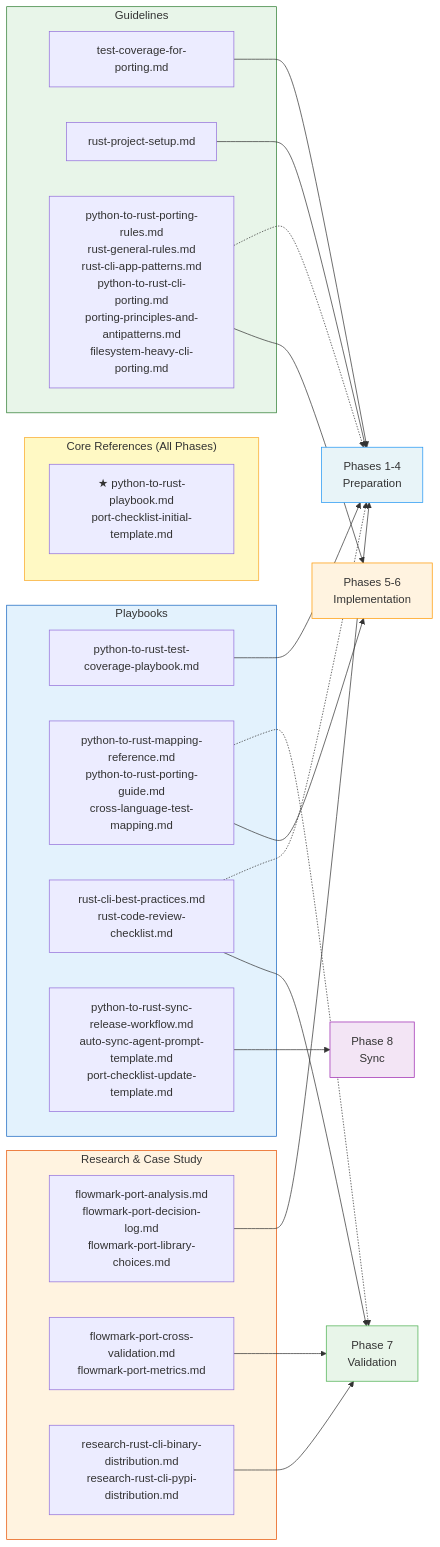
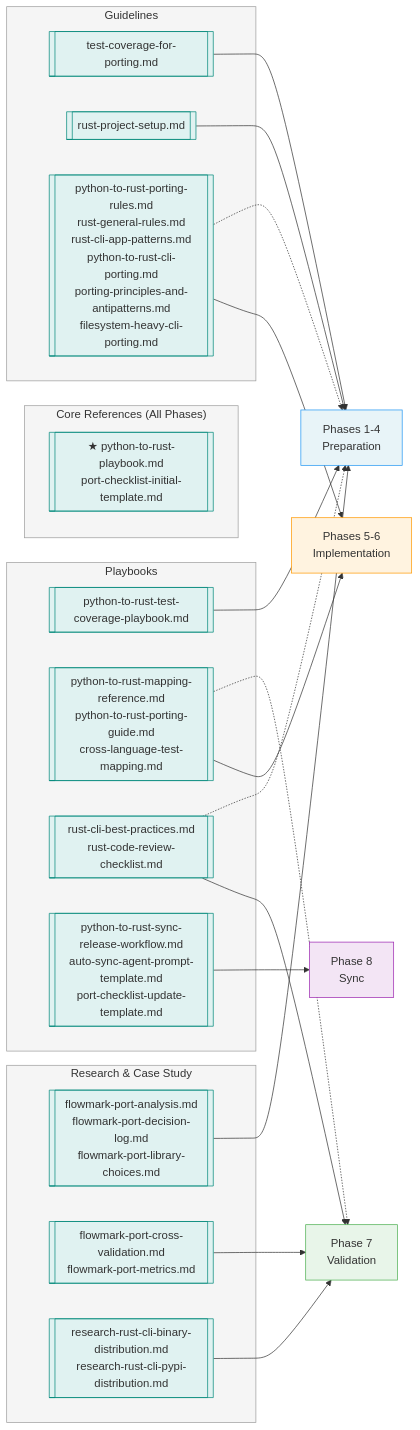
One commit to jlevy/rust-porting-playbook changed the second of 6 diagrams in docs/project/playbook-flow-analysis.md. Above: the diagram before and after it, drawn with Mermaid. The commit also changed other lines of this file, not shown here.

First line of the commit message:
Consistent doc styling: teal [[ ]] shape across all diagrams

````diff
--- a/docs/project/playbook-flow-analysis.md
+++ b/docs/project/playbook-flow-analysis.md
@@ -163,59 +164,70 @@
 ```mermaid
 flowchart LR
     subgraph core["Core References (All Phases)"]
-        PB_CORE["★ python-to-rust-playbook.md<br/>port-checklist-initial-template.md"]
+        PB_CORE[["★ python-to-rust-playbook.md<br/>port-checklist-initial-template.md"]]
     end
 
     subgraph playbooks["Playbooks"]
-        PB_TEST["python-to-rust-test-coverage-playbook.md"]
-        PB_PORT["python-to-rust-mapping-reference.md<br/>python-to-rust-porting-guide.md<br/>cross-language-test-mapping.md"]
-        PB_INFRA["rust-cli-best-practices.md<br/>rust-code-review-checklist.md"]
-        PB_SYNC["python-to-rust-sync-release-workflow.md<br/>auto-sync-agent-prompt-template.md<br/>port-checklist-update-template.md"]
+        PB_TEST[["python-to-rust-test-coverage-playbook.md"]]
+        PB_PORT[["python-to-rust-mapping-reference.md<br/>python-to-rust-porting-guide.md<br/>cross-language-test-mapping.md"]]
+        PB_INFRA[["rust-cli-best-practices.md<br/>rust-code-review-checklist.md"]]
+        PB_SYNC[["python-to-rust-sync-release-workflow.md<br/>auto-sync-agent-prompt-template.md<br/>port-checklist-update-template.md"]]
     end
 
     subgraph guidelines["Guidelines"]
-        G_TEST_DOC["test-coverage-for-porting.md"]
-        G_SETUP_DOC["rust-project-setup.md"]
-        G_IMPL["python-to-rust-porting-rules.md<br/>rust-general-rules.md<br/>rust-cli-app-patterns.md<br/>python-to-rust-cli-porting.md<br/>porting-principles-and-antipatterns.md<br/>filesystem-heavy-cli-porting.md"]
+        G_TEST_DOC[["test-coverage-for-porting.md"]]
+        G_SETUP_DOC[["rust-project-setup.md"]]
+        G_IMPL[["python-to-rust-porting-rules.md<br/>rust-general-rules.md<br/>rust-cli-app-patterns.md<br/>python-to-rust-cli-porting.md<br/>porting-principles-and-antipatterns.md<br/>filesystem-heavy-cli-porting.md"]]
     end
 
     subgraph evidence["Research & Case Study"]
-        CS_PLAN_EV["flowmark-port-analysis.md<br/>flowmark-port-decision-log.md<br/>flowmark-port-library-choices.md"]
-        CS_VAL_EV["flowmark-port-cross-validation.md<br/>flowmark-port-metrics.md"]
-        R_DIST["research-rust-cli-binary-distribution.md<br/>research-rust-cli-pypi-distribution.md"]
+        CS_PLAN_EV[["flowmark-port-analysis.md<br/>flowmark-port-decision-log.md<br/>flowmark-port-library-choices.md"]]
+        CS_VAL_EV[["flowmark-port-cross-validation.md<br/>flowmark-port-metrics.md"]]
+        R_DIST[["research-rust-cli-binary-distribution.md<br/>research-rust-cli-pypi-distribution.md"]]
     end
 
     PREP["Phases 1-4<br/>Preparation"]
     IMPL_PH["Phases 5-6<br/>Implementation"]
     VAL_PH["Phase 7<br/>Validation"]
     SYNC_PH["Phase 8<br/>Sync"]
 
     %% Primary connections (solid)
     PB_TEST --> PREP
     G_TEST_DOC --> PREP
     G_SETUP_DOC --> PREP
     CS_PLAN_EV --> PREP
 
     PB_PORT --> IMPL_PH
     G_IMPL --> IMPL_PH
 
     PB_INFRA --> VAL_PH
     CS_VAL_EV --> VAL_PH
     R_DIST --> VAL_PH
 
     PB_SYNC --> SYNC_PH
 
     %% Secondary connections (dotted)
     PB_INFRA -.-> PREP
     PB_PORT -.-> VAL_PH
     G_IMPL -.-> PREP
 
+    style PB_CORE fill:#e0f2f1,stroke:#00897B
+    style PB_TEST fill:#e0f2f1,stroke:#00897B
+    style PB_PORT fill:#e0f2f1,stroke:#00897B
+    style PB_INFRA fill:#e0f2f1,stroke:#00897B
+    style PB_SYNC fill:#e0f2f1,stroke:#00897B
+    style G_TEST_DOC fill:#e0f2f1,stroke:#00897B
+    style G_SETUP_DOC fill:#e0f2f1,stroke:#00897B
+    style G_IMPL fill:#e0f2f1,stroke:#00897B
+    style CS_PLAN_EV fill:#e0f2f1,stroke:#00897B
+    style CS_VAL_EV fill:#e0f2f1,stroke:#00897B
+    style R_DIST fill:#e0f2f1,stroke:#00897B
     style PREP fill:#e8f4f8,stroke:#2196F3
     style IMPL_PH fill:#fff3e0,stroke:#FF9800
     style VAL_PH fill:#e8f5e9,stroke:#4CAF50
     style SYNC_PH fill:#f3e5f5,stroke:#9C27B0
-    style core fill:#fff9c4,stroke:#F9A825
-    style playbooks fill:#e3f2fd,stroke:#1565C0
-    style guidelines fill:#e8f5e9,stroke:#2E7D32
-    style evidence fill:#fff3e0,stroke:#E65100
+    style core fill:#f5f5f5,stroke:#9E9E9E
+    style playbooks fill:#f5f5f5,stroke:#9E9E9E
+    style guidelines fill:#f5f5f5,stroke:#9E9E9E
+    style evidence fill:#f5f5f5,stroke:#9E9E9E
 ```
````
